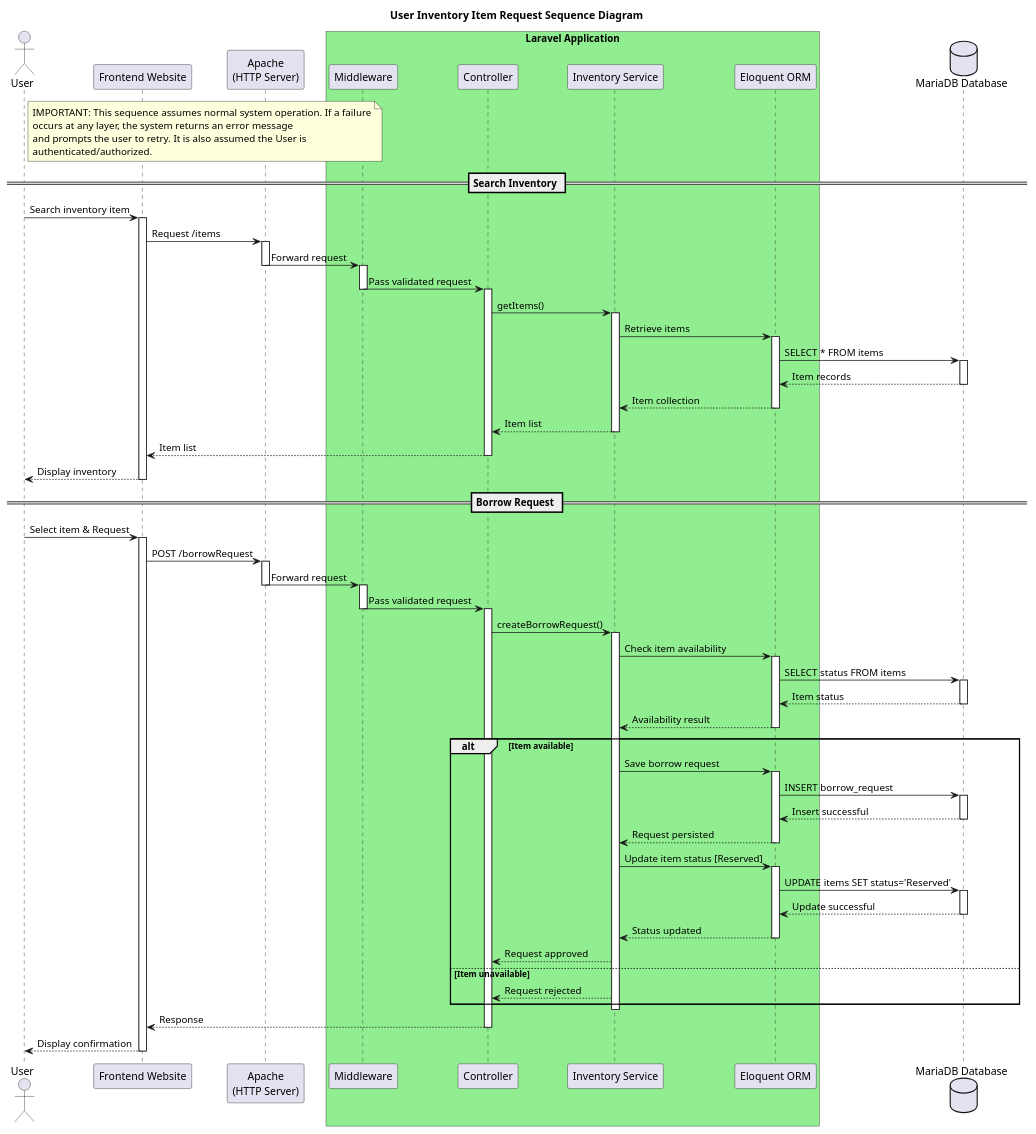
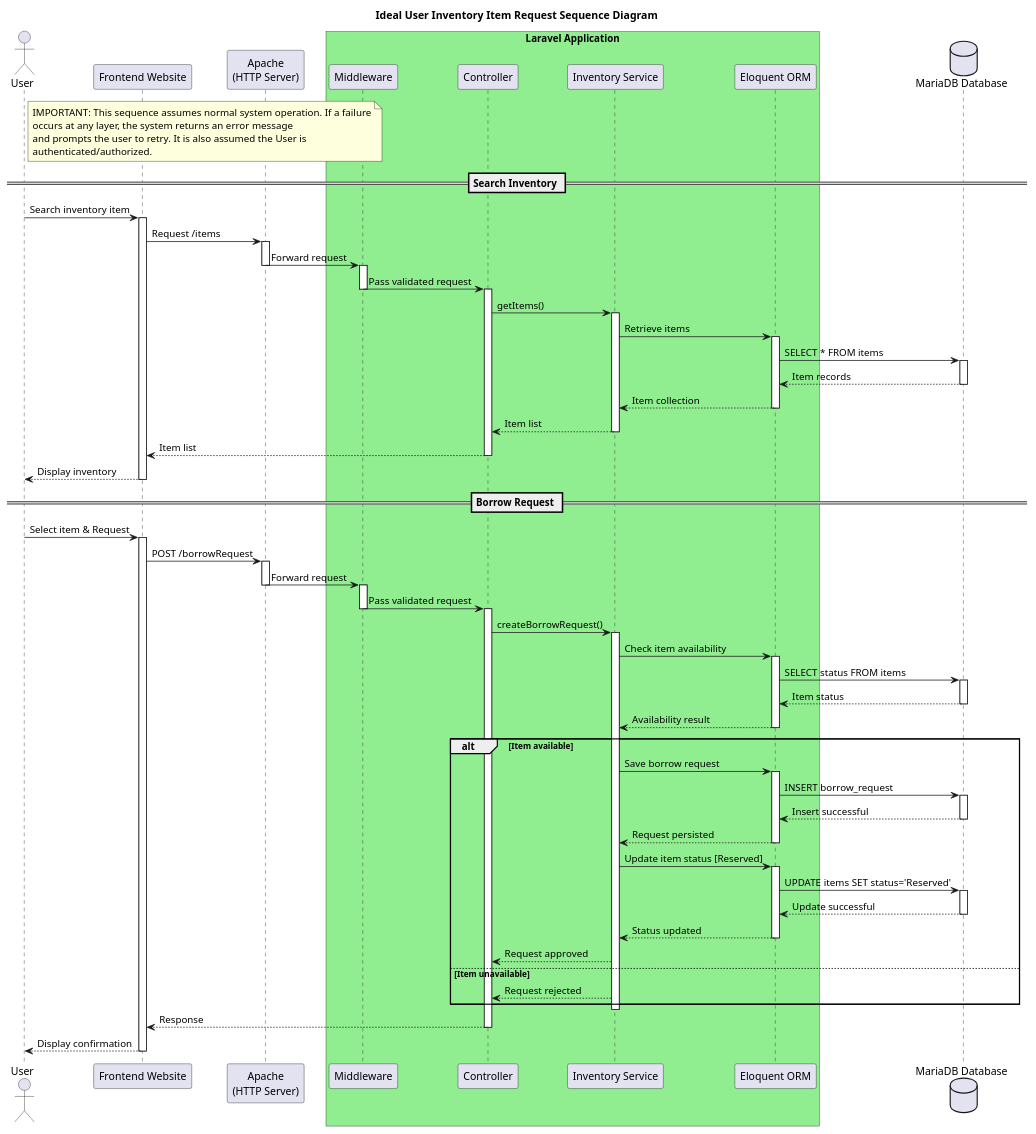
Before and after one commit to JanPerez35/PlantUML: the diagram in sequenceDiagrams/User Inventory Item Request Sequence Diagram.puml, drawn with PlantUML. The commit also changed 19 other files, not shown here.

Commit message:
Sequence updated naming

```diff
--- a/sequenceDiagrams/User Inventory Item Request Sequence Diagram.puml
+++ b/sequenceDiagrams/User Inventory Item Request Sequence Diagram.puml
@@ -1,122 +1,122 @@
 @startuml
 
-title User Inventory Item Request Sequence Diagram
+title Ideal User Inventory Item Request Sequence Diagram
 
 actor User
 participant "Frontend Website" as Frontend
 participant "Apache\n(HTTP Server)" as Apache
 
 box "Laravel Application" #LightGreen
   participant "Middleware" as Middleware
   participant "Controller" as Controller
   participant "Inventory Service" as Service
   participant "Eloquent ORM" as ORM
 end box
 
 database "MariaDB Database" as Database
 
 note right of User
 IMPORTANT: This sequence assumes normal system operation. If a failure
 occurs at any layer, the system returns an error message
 and prompts the user to retry. It is also assumed the User is
 authenticated/authorized.
 end note
 
 == Search Inventory ==
 User -> Frontend: Search inventory item
 activate Frontend
 
 
 Frontend -> Apache: Request /items
 activate Apache
 Apache -> Middleware: Forward request
 deactivate Apache
 
 activate Middleware
 Middleware -> Controller: Pass validated request
 deactivate Middleware
 
 activate Controller
 Controller -> Service: getItems()
 activate Service
 
 Service -> ORM: Retrieve items
 activate ORM
 ORM -> Database: SELECT * FROM items
 activate Database
 Database --> ORM: Item records
 deactivate Database
 ORM --> Service: Item collection
 deactivate ORM
 
 Service --> Controller: Item list
 deactivate Service
 Controller --> Frontend: Item list
 deactivate Controller
 
 Frontend --> User: Display inventory
 deactivate Frontend
 
 
 == Borrow Request ==
 User -> Frontend: Select item & Request
 activate Frontend
 
 Frontend -> Apache: POST /borrowRequest
 activate Apache
 Apache -> Middleware: Forward request
 deactivate Apache
 
 activate Middleware
 Middleware -> Controller: Pass validated request
 deactivate Middleware
 
 activate Controller
 Controller -> Service: createBorrowRequest()
 activate Service
 
 Service -> ORM: Check item availability
 activate ORM
 ORM -> Database: SELECT status FROM items
 activate Database
 Database --> ORM: Item status
 deactivate Database
 ORM --> Service: Availability result
 deactivate ORM
 
 alt Item available
 
     Service -> ORM: Save borrow request
     activate ORM
     ORM -> Database: INSERT borrow_request
     activate Database
     Database --> ORM: Insert successful
     deactivate Database
     ORM --> Service: Request persisted
     deactivate ORM
 
     Service -> ORM: Update item status [Reserved]
     activate ORM
     ORM -> Database: UPDATE items SET status='Reserved'
     activate Database
     Database --> ORM: Update successful
     deactivate Database
     ORM --> Service: Status updated
     deactivate ORM
 
     Service --> Controller: Request approved
 
 else Item unavailable
 
     Service --> Controller: Request rejected
 
 end
 
 deactivate Service
 Controller --> Frontend: Response
 deactivate Controller
 
 Frontend --> User: Display confirmation
 deactivate Frontend
 
 @enduml
```
